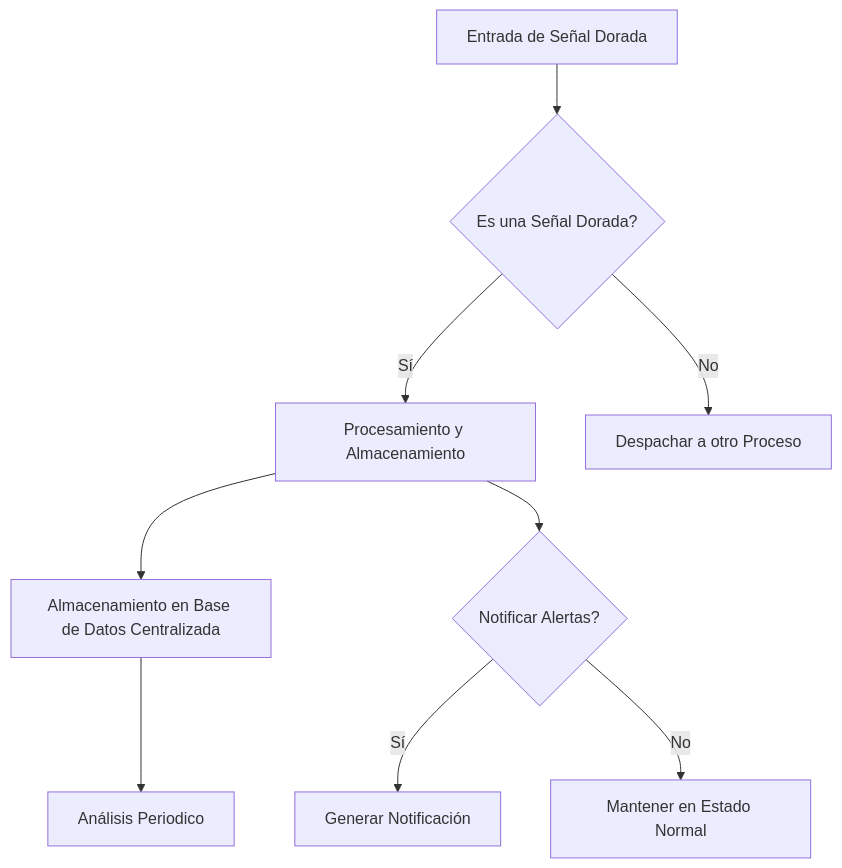
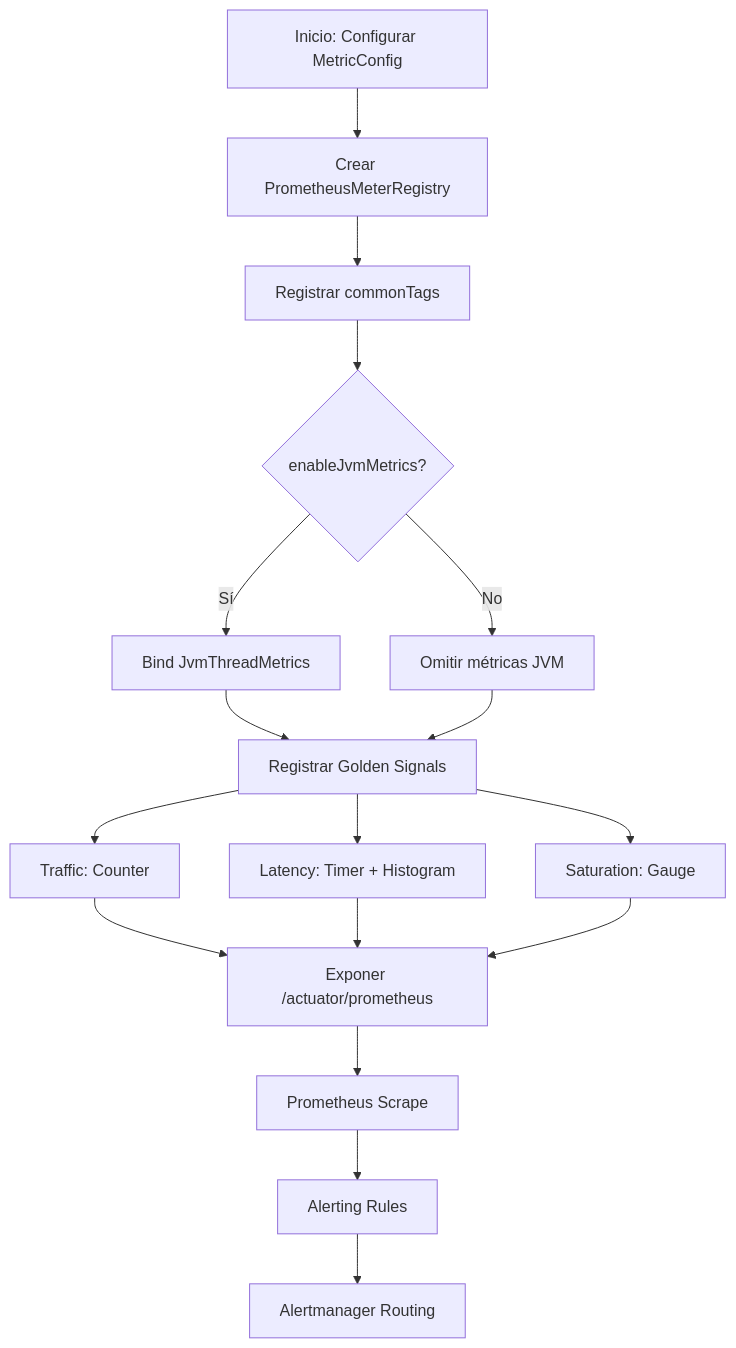
The third of 6 diagrams in _Review/golden_signals_monitorizacion_google_sre/golden_signals_monitorizacion_google_sre.md (Joaquinriosheredia/DAM-Java-Mastery), drawn with Mermaid before and after one commit. The commit also changed other lines of this file, not shown here.

Commit message:
golden_signals_monitorizacion_google_sre.md

````diff
--- a/_Review/golden_signals_monitorizacion_google_sre/golden_signals_monitorizacion_google_sre.md
+++ b/_Review/golden_signals_monitorizacion_google_sre/golden_signals_monitorizacion_google_sre.md
@@ -183,11 +442,16 @@
 ```mermaid
 graph TD
-    A[Entrada de Señal Dorada] --> B{Es una Señal Dorada?}
-    B -->|Sí| C[Procesamiento y Almacenamiento]
-    B -->|No| D[Despachar a otro Proceso]
-    C --> E[Almacenamiento en Base de Datos Centralizada]
-    E --> F[Análisis Periodico]
-    C --> G{Notificar Alertas?}
-    G -->|Sí| H[Generar Notificación]
-    G -->|No| I[Mantener en Estado Normal]
+    A[Inicio: Configurar MetricConfig] --> B[Crear PrometheusMeterRegistry]
+    B --> C[Registrar commonTags]
+    C --> D{enableJvmMetrics?}
+    D -- Sí --> E[Bind JvmThreadMetrics]
+    D -- No --> F[Omitir métricas JVM]
+    E & F --> G[Registrar Golden Signals]
+    G --> H[Traffic: Counter]
+    G --> I[Latency: Timer + Histogram]
+    G --> J[Saturation: Gauge]
+    H & I & J --> K[Exponer /actuator/prometheus]
+    K --> L[Prometheus Scrape]
+    L --> M[Alerting Rules]
+    M --> N[Alertmanager Routing]
 ```
````
